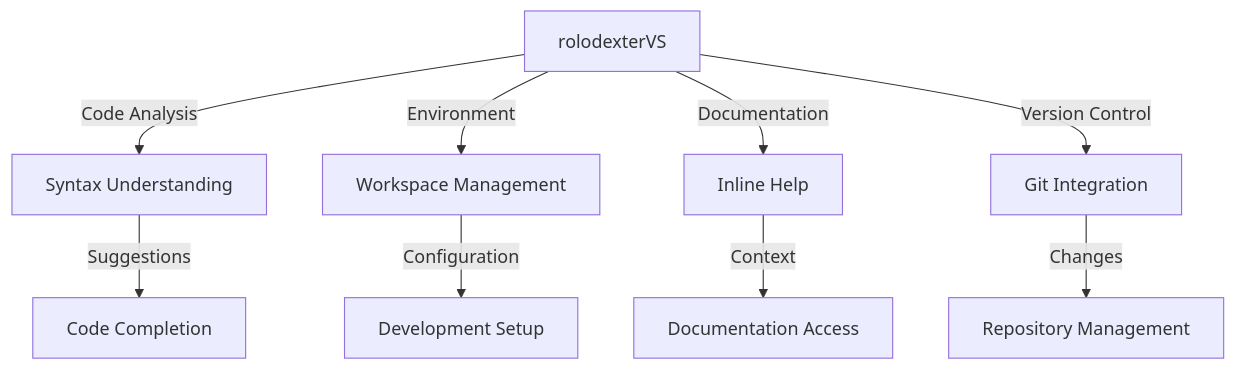
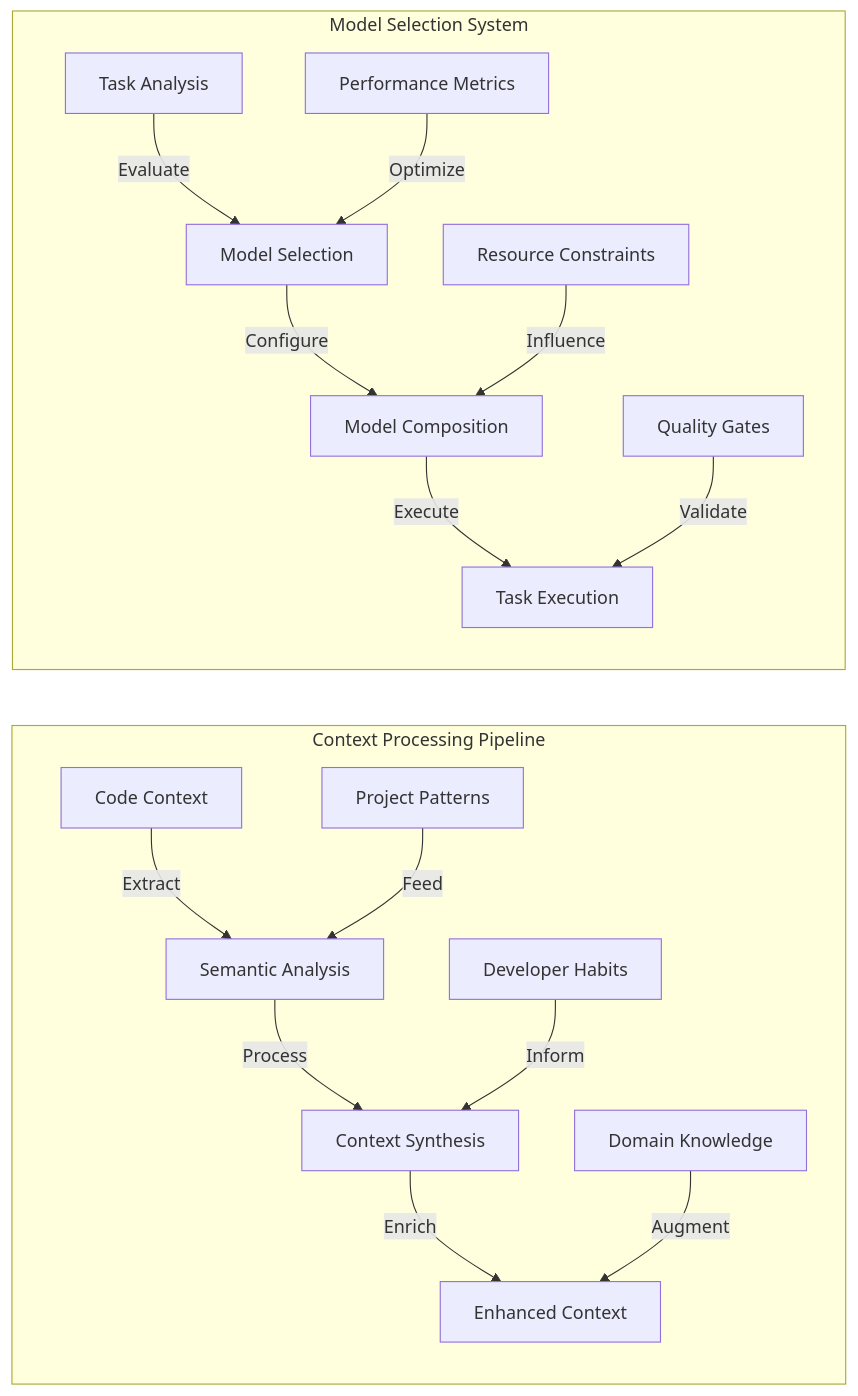
The third of 3 diagrams in identities/rolodexterVS.md (rolodexter/rolodexter), drawn with Mermaid before and after one commit. The commit also changed other lines of this file, not shown here.

Commit message:
docs: Enhance rolodexterVS with advanced architectural diagrams and technical descriptions

````diff
--- a/identities/rolodexterVS.md
+++ b/identities/rolodexterVS.md
@@ -24,12 +85,22 @@
 ```mermaid
-graph TD;
-    A[rolodexterVS] -->|Code Analysis| B[Syntax Understanding]
-    A -->|Environment| C[Workspace Management]
-    A -->|Documentation| D[Inline Help]
-    A -->|Version Control| E[Git Integration]
+graph LR
+    subgraph "Context Processing Pipeline"
+        A[Code Context] -->|Extract| B[Semantic Analysis]
+        B -->|Process| C[Context Synthesis]
+        C -->|Enrich| D[Enhanced Context]
+        
+        E[Project Patterns] -->|Feed| B
+        F[Developer Habits] -->|Inform| C
+        G[Domain Knowledge] -->|Augment| D
+    end
     
-    B -->|Suggestions| F[Code Completion]
-    C -->|Configuration| G[Development Setup]
-    D -->|Context| H[Documentation Access]
-    E -->|Changes| I[Repository Management]
+    subgraph "Model Selection System"
+        H[Task Analysis] -->|Evaluate| I[Model Selection]
+        I -->|Configure| J[Model Composition]
+        J -->|Execute| K[Task Execution]
+        
+        L[Performance Metrics] -->|Optimize| I
+        M[Resource Constraints] -->|Influence| J
+        N[Quality Gates] -->|Validate| K
+    end
 ```
````
